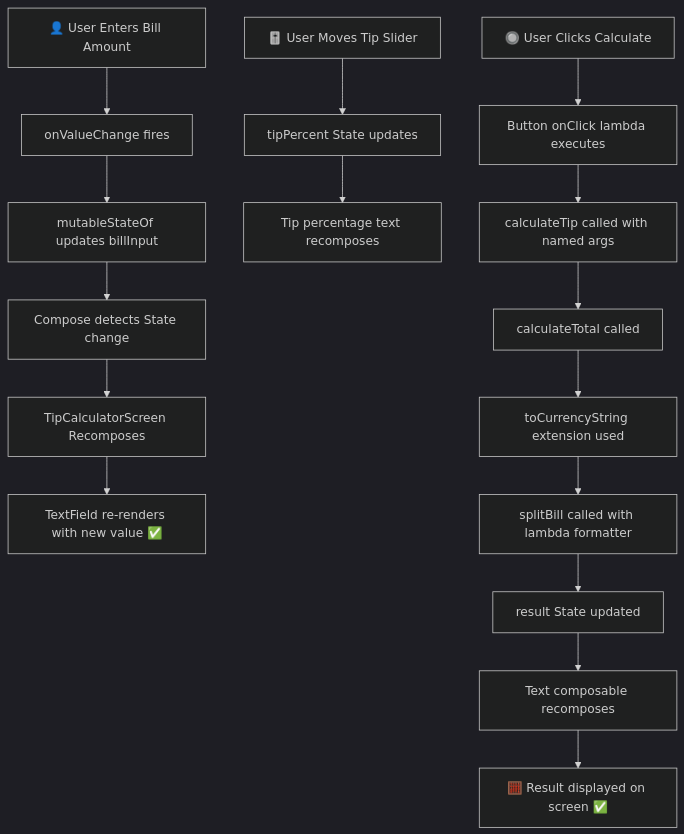
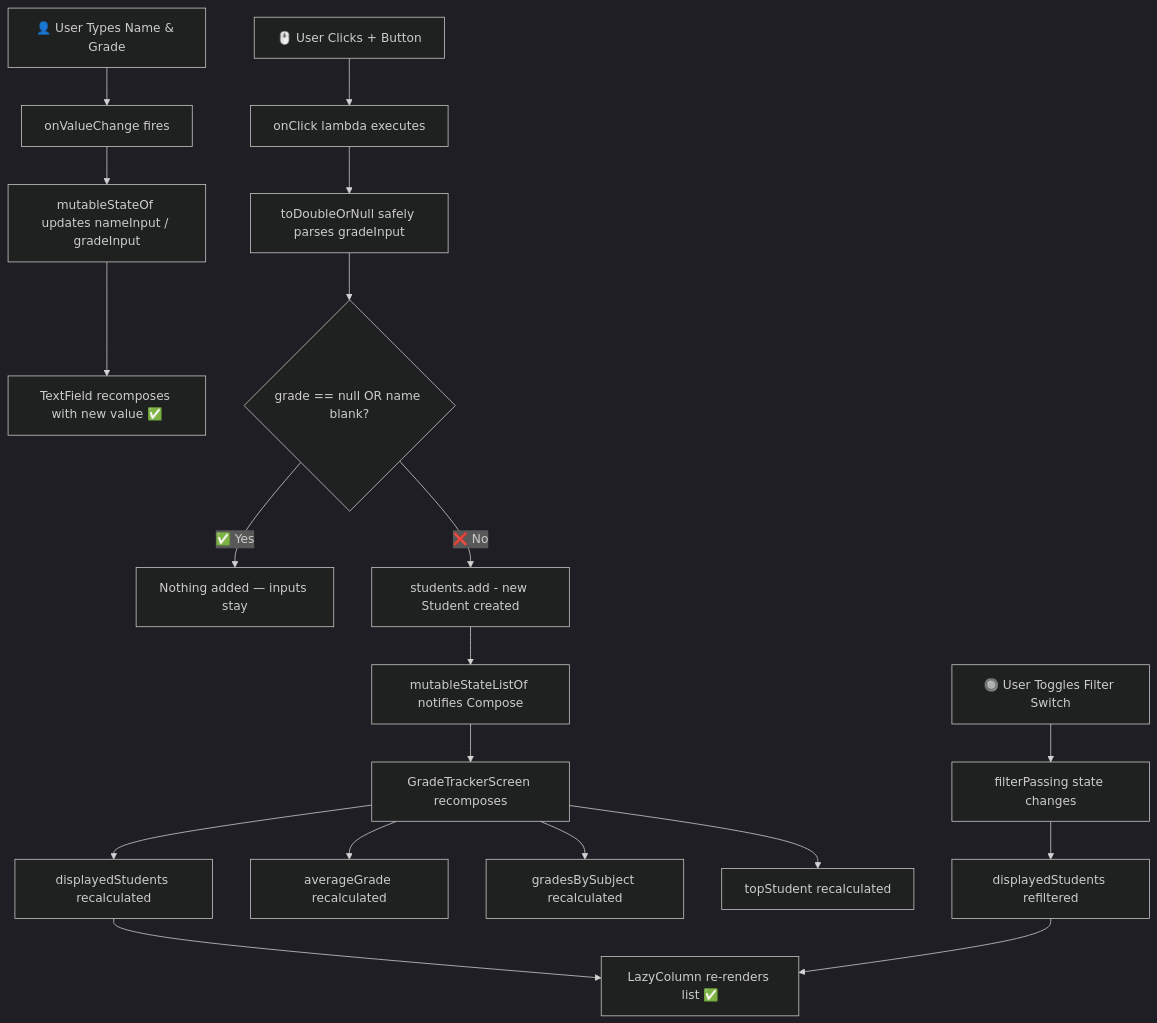
Before and after one commit to atanucsejgec/Upload_Image: the first of 5 diagrams in README.MD, drawn with Mermaid (dark theme). The commit also changed other lines of this file, not shown here.

````diff
--- a/README.MD
+++ b/README.MD
@@ -297,20 +448,23 @@
 ```mermaid
 graph TD
-    A[👤 User Enters Bill Amount] --> B[onValueChange fires]
-    B --> C[mutableStateOf updates billInput]
-    C --> D[Compose detects State change]
-    D --> E[TipCalculatorScreen Recomposes]
-    E --> F[TextField re-renders with new value ✅]
+    A[👤 User Types Name & Grade] --> B[onValueChange fires]
+    B --> C[mutableStateOf updates nameInput / gradeInput]
+    C --> D[TextField recomposes with new value ✅]
 
-    G[🎚️ User Moves Tip Slider] --> H[tipPercent State updates]
-    H --> I[Tip percentage text recomposes]
+    E[🖱️ User Clicks + Button] --> F[onClick lambda executes]
+    F --> G[toDoubleOrNull safely parses gradeInput]
+    G --> H{grade == null OR name blank?}
+    H -- ✅ Yes --> I[Nothing added — inputs stay]
+    H -- ❌ No --> J[students.add - new Student created]
+    J --> K[mutableStateListOf notifies Compose]
+    K --> L[GradeTrackerScreen recomposes]
+    L --> M[displayedStudents recalculated]
+    L --> N[averageGrade recalculated]
+    L --> O[gradesBySubject recalculated]
+    L --> P[topStudent recalculated]
+    M --> Q[LazyColumn re-renders list ✅]
 
-    J[🔘 User Clicks Calculate] --> K[Button onClick lambda executes]
-    K --> L[calculateTip called with named args]
-    L --> M[calculateTotal called]
-    M --> N[toCurrencyString extension used]
-    N --> O[splitBill called with lambda formatter]
-    O --> P[result State updated]
-    P --> Q[Text composable recomposes]
-    Q --> R[🧮 Result displayed on screen ✅]
+    R[🔘 User Toggles Filter Switch] --> S[filterPassing state changes]
+    S --> T[displayedStudents refiltered]
+    T --> Q
 ```
````
